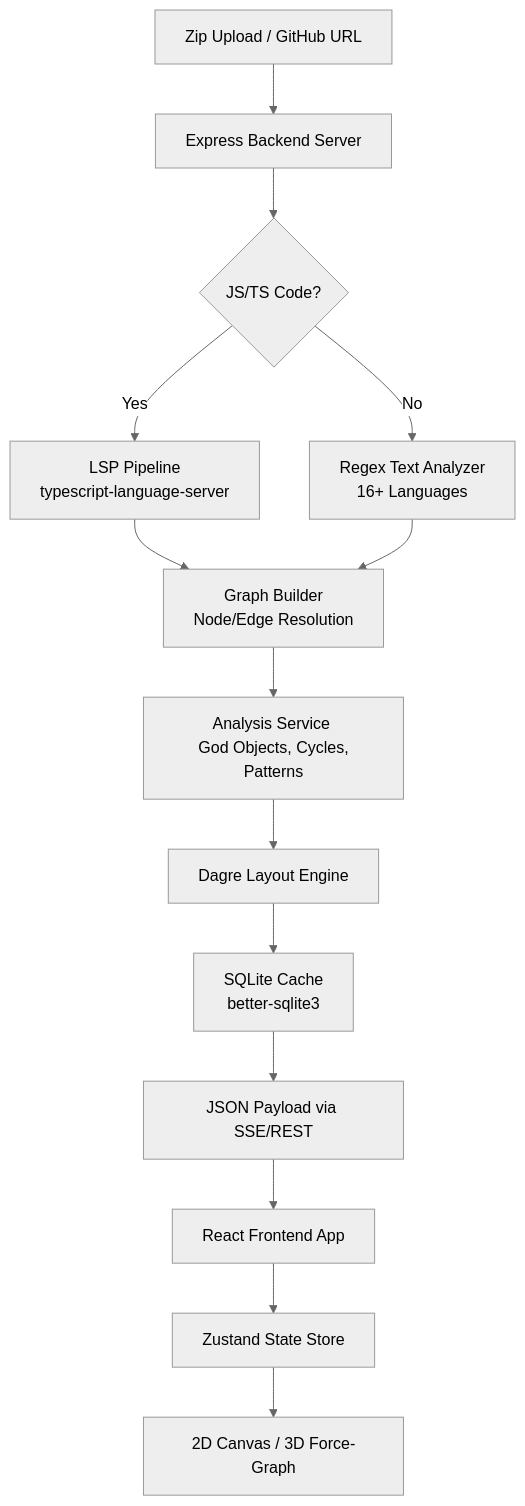
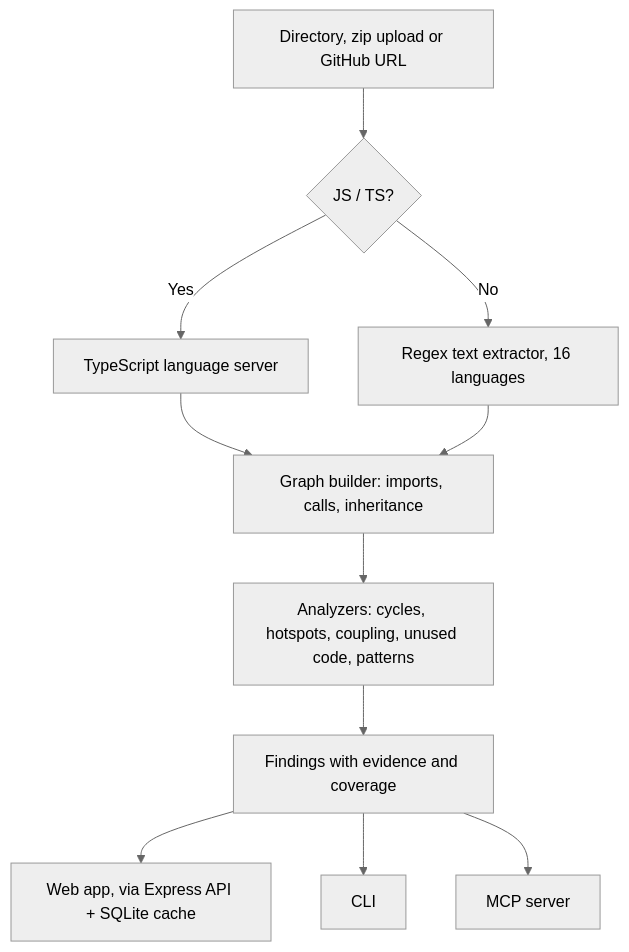
One commit to Abhay1006/Reverse-Architect changed the diagram in README.md. Above: the diagram before and after it, drawn with Mermaid (neutral theme). The commit also changed other lines of this file and 18 other files, not shown here.

````diff
--- a/README.md
+++ b/README.md
@@ -13,16 +95,13 @@
 ```mermaid
 graph TD
-    A[Zip Upload / GitHub URL] --> B[Express Backend Server]
-    B --> C{JS/TS Code?}
-    C -->|Yes| D[LSP Pipeline <br/> typescript-language-server]
-    C -->|No| E[Regex Text Analyzer <br/> 16+ Languages]
-    D --> F[Graph Builder <br/> Node/Edge Resolution]
-    E --> F
-    F --> G[Analysis Service <br/> God Objects, Cycles, Patterns]
-    G --> H[Dagre Layout Engine]
-    H --> I[SQLite Cache <br/> better-sqlite3]
-    I --> J[JSON Payload via SSE/REST]
-    J --> K[React Frontend App]
-    K --> L[Zustand State Store]
-    L --> M[2D Canvas / 3D Force-Graph]
+    A[Directory, zip upload or GitHub URL] --> B{JS / TS?}
+    B -->|Yes| C[TypeScript language server]
+    B -->|No| D[Regex text extractor, 16 languages]
+    C --> E[Graph builder: imports, calls, inheritance]
+    D --> E
+    E --> F[Analyzers: cycles, hotspots, coupling, unused code, patterns]
+    F --> G[Findings with evidence and coverage]
+    G --> H[Web app, via Express API + SQLite cache]
+    G --> I[CLI]
+    G --> J[MCP server]
 ```
````
